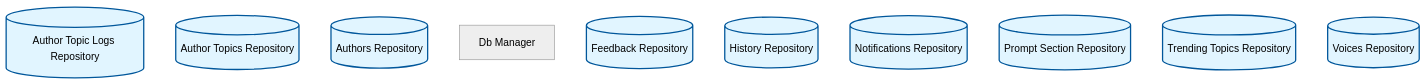
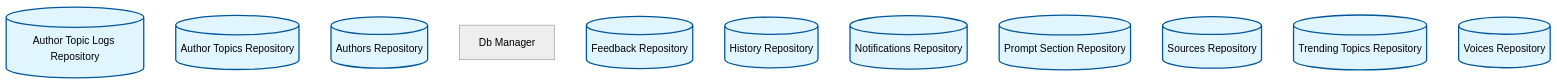
Before and after one commit to rpnunez/wp-ai-scheduler: the eighth of 10 diagrams in docs/feature-report.md, drawn with Mermaid (neutral theme). The commit also changed other lines of this file and 3 other files, not shown here.

````diff
--- a/docs/feature-report.md
+++ b/docs/feature-report.md
@@ -350,21 +383,22 @@
 ```mermaid
 flowchart TD
     %% Database Architecture
 
     Author_Topic_Logs_Repository[("Author Topic Logs Repository")]
     Author_Topics_Repository[("Author Topics Repository")]
     Authors_Repository[("Authors Repository")]
     DB_Manager["Db Manager"]
     Feedback_Repository[("Feedback Repository")]
     History_Repository[("History Repository")]
     Notifications_Repository[("Notifications Repository")]
     Prompt_Section_Repository[("Prompt Section Repository")]
+    Sources_Repository[("Sources Repository")]
     Trending_Topics_Repository[("Trending Topics Repository")]
     Voices_Repository[("Voices Repository")]
 
 
     classDef repository fill:#e1f5ff,stroke:#01579b,stroke-width:2px
     classDef service fill:#fff3e0,stroke:#e65100,stroke-width:2px
     classDef controller fill:#f3e5f5,stroke:#4a148c,stroke-width:2px
-    class Author_Topic_Logs_Repository,Author_Topics_Repository,Authors_Repository,Feedback_Repository,History_Repository,Notifications_Repository,Prompt_Section_Repository,Trending_Topics_Repository,Voices_Repository repository
+    class Author_Topic_Logs_Repository,Author_Topics_Repository,Authors_Repository,Feedback_Repository,History_Repository,Notifications_Repository,Prompt_Section_Repository,Sources_Repository,Trending_Topics_Repository,Voices_Repository repository
 ```
````
